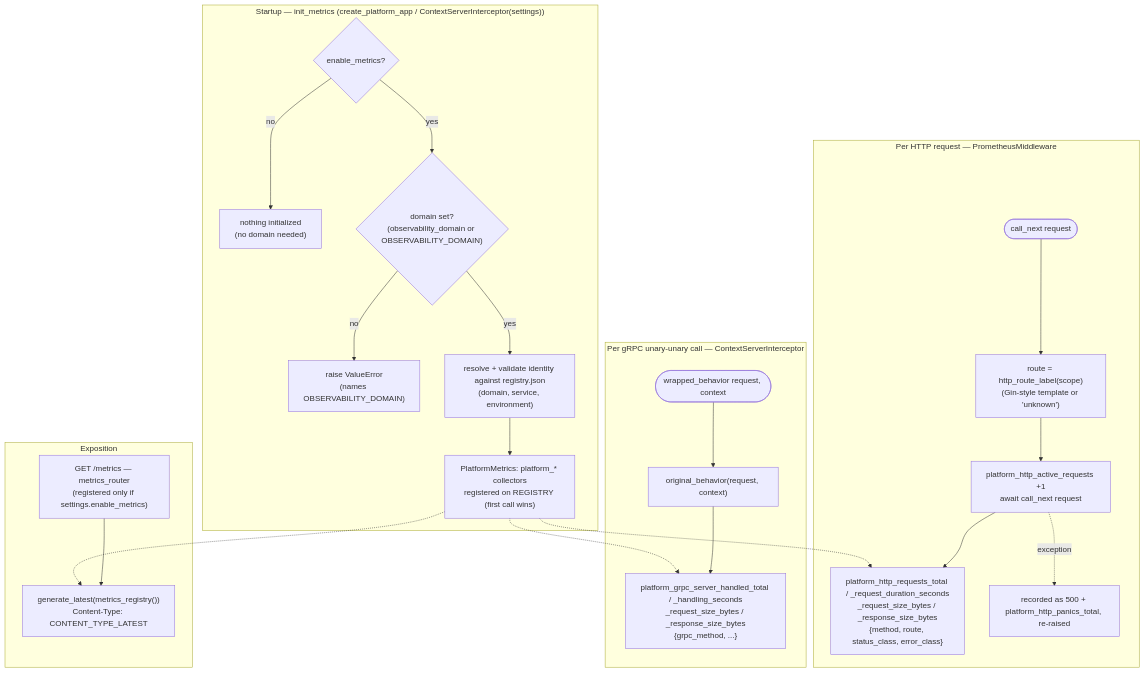
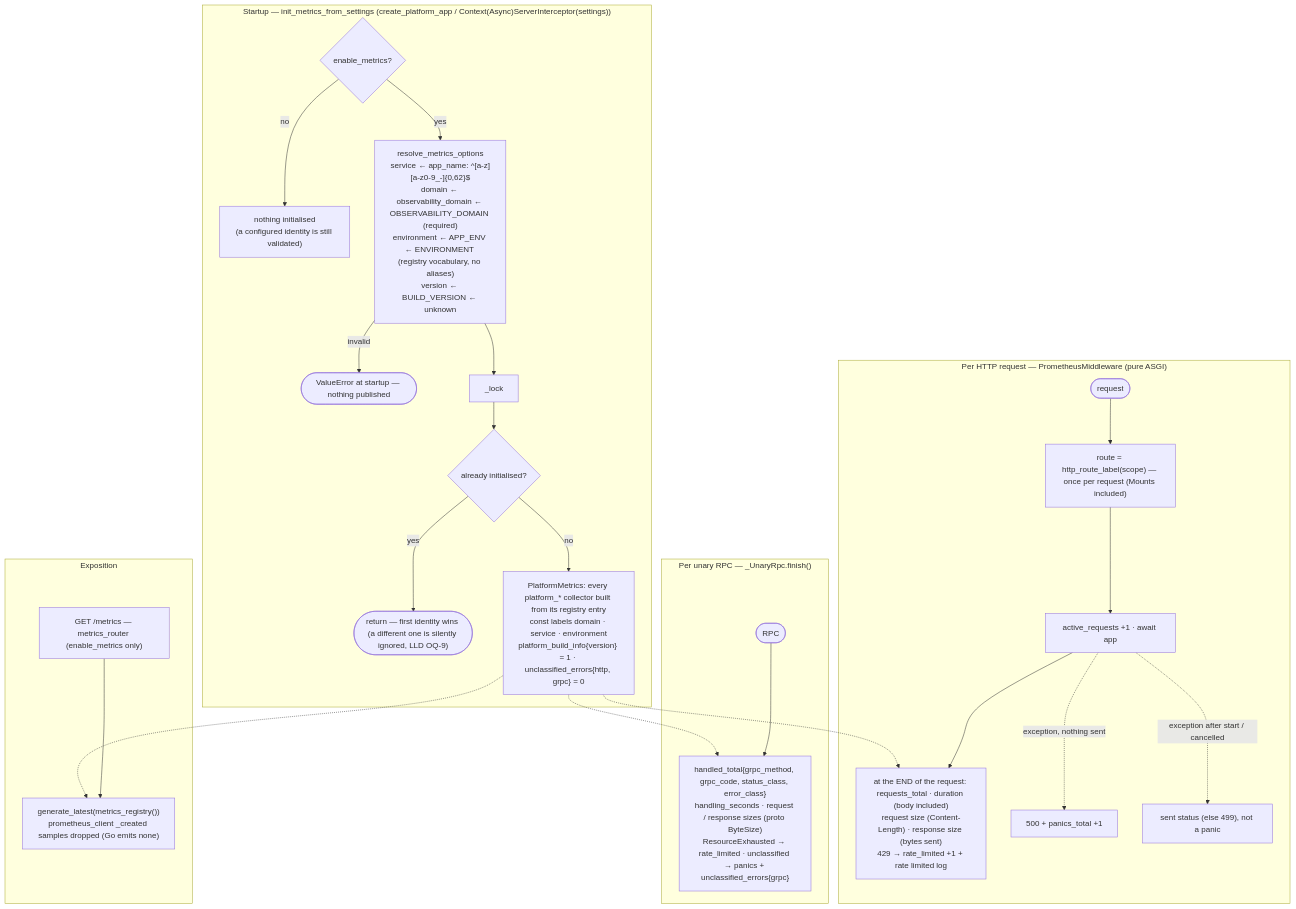
One commit to BCBP-SOLUTIONS-FZC-LLC/platform-fastapicommon changed diagram 12 of 16 in ARCHITECTURE.md. Above: the diagram before and after it, drawn with Mermaid. The commit also changed other lines of this file and 141 other files, not shown here.

First line of the commit message:
feat!: align logs, metrics and traces with platform-gincommon v2; CI/CD port; production-readiness fixes (#25)

````diff
--- a/ARCHITECTURE.md
+++ b/ARCHITECTURE.md
@@ -440,31 +663,32 @@
 ```mermaid
 flowchart TD
-    subgraph init["Startup — init_metrics (create_platform_app / ContextServerInterceptor(settings))"]
-        A0{"enable_metrics?"} -->|no| A1["nothing initialized\n(no domain needed)"]
-        A0 -->|yes| A2{"domain set?\n(observability_domain or OBSERVABILITY_DOMAIN)"}
-        A2 -->|no| AX["raise ValueError\n(names OBSERVABILITY_DOMAIN)"]
-        A2 -->|yes| A3["resolve + validate identity against registry.json\n(domain, service, environment)"]
-        A3 --> A["PlatformMetrics: platform_* collectors\nregistered on REGISTRY (first call wins)"]
+    subgraph init["Startup — init_metrics_from_settings (create_platform_app / Context(Async)ServerInterceptor(settings))"]
+        A0{"enable_metrics?"} -->|no| A1["nothing initialised<br/>(a configured identity is still validated)"]
+        A0 -->|yes| A2["resolve_metrics_options<br/>service ← app_name: ^[a-z][a-z0-9_-]{0,62}$<br/>domain ← observability_domain ← OBSERVABILITY_DOMAIN (required)<br/>environment ← APP_ENV ← ENVIRONMENT (registry vocabulary, no aliases)<br/>version ← BUILD_VERSION ← unknown"]
+        A2 -- invalid --> AX(["ValueError at startup — nothing published"])
+        A2 --> L["_lock"]
+        L --> I{"already initialised?"}
+        I -- yes --> W(["return — first identity wins (a different one is silently ignored, LLD OQ-9)"])
+        I -- no --> PM["PlatformMetrics: every platform_* collector built from its registry entry<br/>const labels domain · service · environment<br/>platform_build_info{version} = 1 · unclassified_errors{http, grpc} = 0"]
     end
 
-    subgraph http["Per HTTP request — PrometheusMiddleware"]
-        B([call_next request]) --> C["route = http_route_label(scope)\n(Gin-style template or 'unknown')"]
-        C --> D["platform_http_active_requests +1\nawait call_next request"]
-        D --> F["platform_http_requests_total / _request_duration_seconds\n_request_size_bytes / _response_size_bytes\n{method, route, status_class, error_class}"]
-        D -.->|exception| P["recorded as 500 + platform_http_panics_total, re-raised"]
+    subgraph http["Per HTTP request — PrometheusMiddleware (pure ASGI)"]
+        B(["request"]) --> C["route = http_route_label(scope) — once per request (Mounts included)"]
+        C --> D["active_requests +1 · await app"]
+        D --> F["at the END of the request: requests_total · duration (body included)<br/>request size (Content-Length) · response size (bytes sent)<br/>429 → rate_limited +1 + rate limited log"]
+        D -.->|"exception, nothing sent"| P["500 + panics_total +1"]
+        D -.->|"exception after start / cancelled"| Q["sent status (else 499), not a panic"]
     end
 
-    subgraph grpcflow["Per gRPC unary-unary call — ContextServerInterceptor"]
-        H([wrapped_behavior request, context]) --> I["original_behavior(request, context)"]
-        I --> K["platform_grpc_server_handled_total / _handling_seconds\n_request_size_bytes / _response_size_bytes\n{grpc_method, ...}"]
+    subgraph grpcflow["Per unary RPC — _UnaryRpc.finish()"]
+        G(["RPC"]) --> K["handled_total{grpc_method, grpc_code, status_class, error_class}<br/>handling_seconds · request / response sizes (proto ByteSize)<br/>ResourceExhausted → rate_limited · unclassified → panics + unclassified_errors{grpc}"]
     end
 
     subgraph expose["Exposition"]
-        M["GET /metrics — metrics_router\n(registered only if settings.enable_metrics)"]
-        M --> N["generate_latest(metrics_registry())\nContent-Type: CONTENT_TYPE_LATEST"]
+        M["GET /metrics — metrics_router (enable_metrics only)"] --> N["generate_latest(metrics_registry())<br/>prometheus_client <family>_created samples dropped (Go emits none)"]
     end
 
-    A -.-> F
-    A -.-> K
-    A -.-> N
+    PM -.-> F
+    PM -.-> K
+    PM -.-> N
 ```
````
